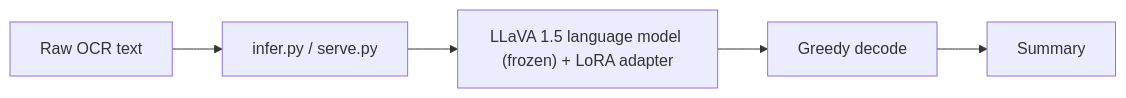
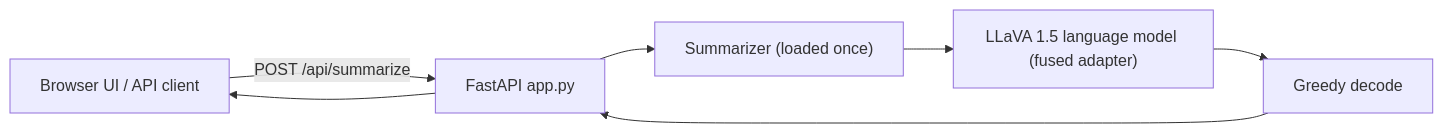
Before and after one commit to vecnode/pre-training: the diagram in deploy/README.md, drawn with Mermaid. The commit also changed other lines of this file and 9 other files, not shown here.

First line of the commit message:
Add FastAPI deployment with dataset/adapter inspector UI

````diff
--- a/deploy/README.md
+++ b/deploy/README.md
@@ -10,7 +29,8 @@
 ```mermaid
 flowchart LR
-    A["Raw OCR text"] --> B["infer.py / serve.py"]
-    B --> C["LLaVA 1.5 language model (frozen) + LoRA adapter"]
-    C --> D["Greedy decode"]
-    D --> E["Summary"]
+    U["Browser UI / API client"] -->|POST /api/summarize| A["FastAPI app.py"]
+    A --> S["Summarizer (loaded once)"]
+    S --> M["LLaVA 1.5 language model (fused adapter)"]
+    M --> G["Greedy decode"]
+    G --> A --> U
 ```
````
